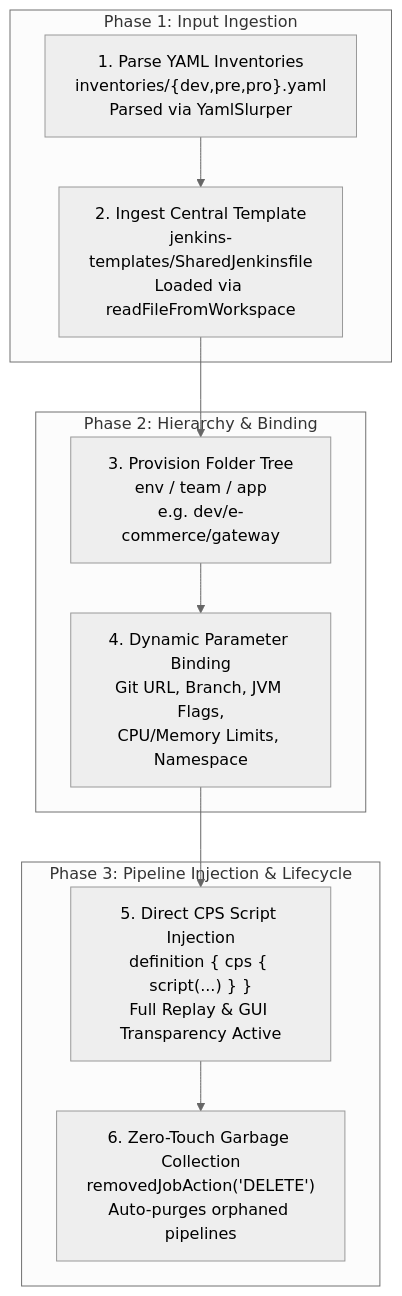
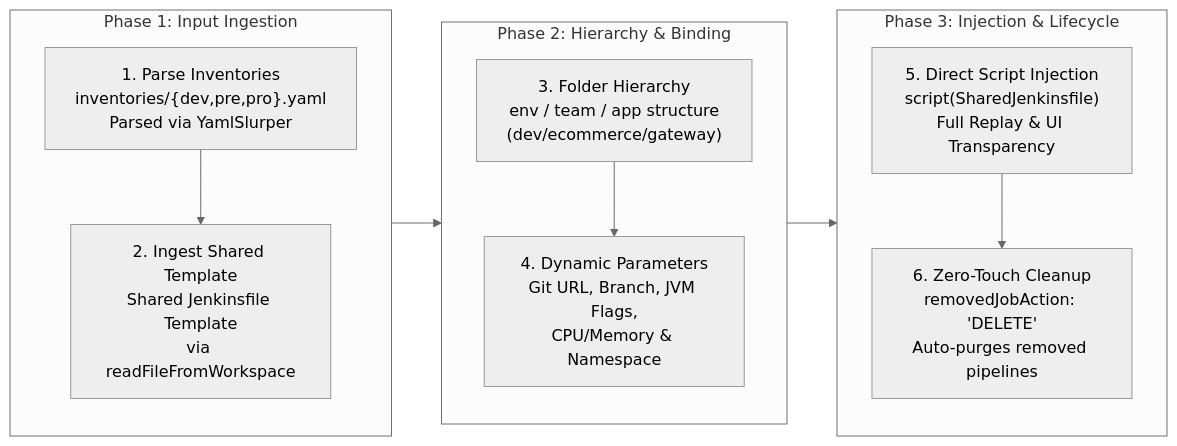
Before and after one commit to nubenetes/jenkins-backstage-2026-poc1: the sixth of 7 diagrams in README.md, drawn with Mermaid (neutral theme). The commit also changed other lines of this file, not shown here.

Commit message:
fix(docs): perfect Mermaid flowchart layouts and visual alignment across Pattern A and B

````diff
--- a/README.md
+++ b/README.md
@@ -304,23 +307,26 @@
 ```mermaid
-flowchart TD
-    subgraph Phase1["Phase 1: Input Ingestion"]
-        A["1. Parse YAML Inventories<br/>inventories/{dev,pre,pro}.yaml<br/>Parsed via YamlSlurper"]
-        B["2. Ingest Central Template<br/>jenkins-templates/SharedJenkinsfile<br/>Loaded via readFileFromWorkspace"]
+flowchart LR
+    subgraph P1["Phase 1: Input Ingestion"]
+        direction TB
+        A1["1. Parse Inventories<br/>inventories/{dev,pre,pro}.yaml<br/>Parsed via YamlSlurper"]
+        A2["2. Ingest Shared Template<br/>Shared Jenkinsfile Template<br/>via readFileFromWorkspace"]
+        A1 --> A2
     end
 
-    subgraph Phase2["Phase 2: Hierarchy & Binding"]
-        C["3. Provision Folder Tree<br/>env / team / app<br/>e.g. dev/e-commerce/gateway"]
-        D["4. Dynamic Parameter Binding<br/>Git URL, Branch, JVM Flags,<br/>CPU/Memory Limits, Namespace"]
+    subgraph P2["Phase 2: Hierarchy & Binding"]
+        direction TB
+        B1["3. Folder Hierarchy<br/>env / team / app structure<br/>(dev/ecommerce/gateway)"]
+        B2["4. Dynamic Parameters<br/>Git URL, Branch, JVM Flags,<br/>CPU/Memory & Namespace"]
+        B1 --> B2
     end
 
-    subgraph Phase3["Phase 3: Pipeline Injection & Lifecycle"]
-        E["5. Direct CPS Script Injection<br/>definition { cps { script(...) } }<br/>Full Replay & GUI Transparency Active"]
-        F["6. Zero-Touch Garbage Collection<br/>removedJobAction('DELETE')<br/>Auto-purges orphaned pipelines"]
+    subgraph P3["Phase 3: Injection & Lifecycle"]
+        direction TB
+        C1["5. Direct Script Injection<br/>script(SharedJenkinsfile)<br/>Full Replay & UI Transparency"]
+        C2["6. Zero-Touch Cleanup<br/>removedJobAction: 'DELETE'<br/>Auto-purges removed pipelines"]
+        C1 --> C2
     end
 
-    A --> B
-    B --> C
-    C --> D
-    D --> E
-    E --> F
+    P1 --> P2
+    P2 --> P3
 ```
````
